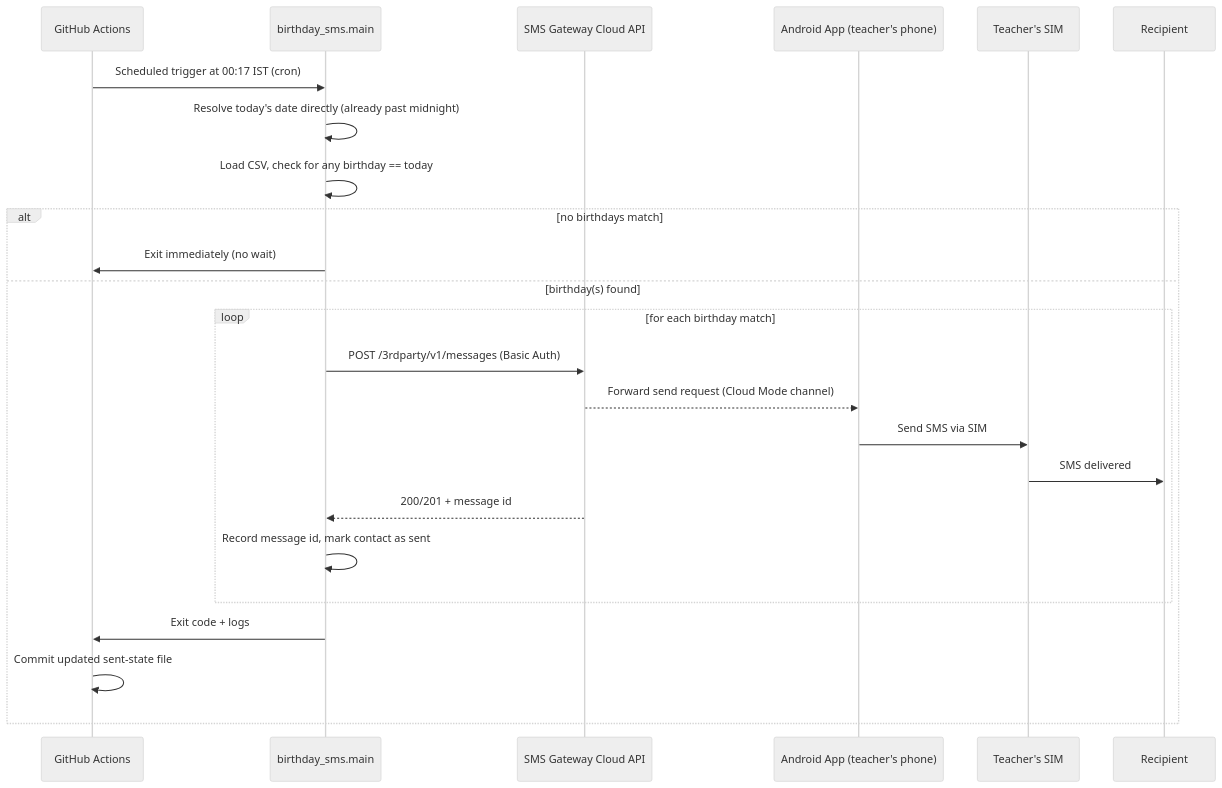
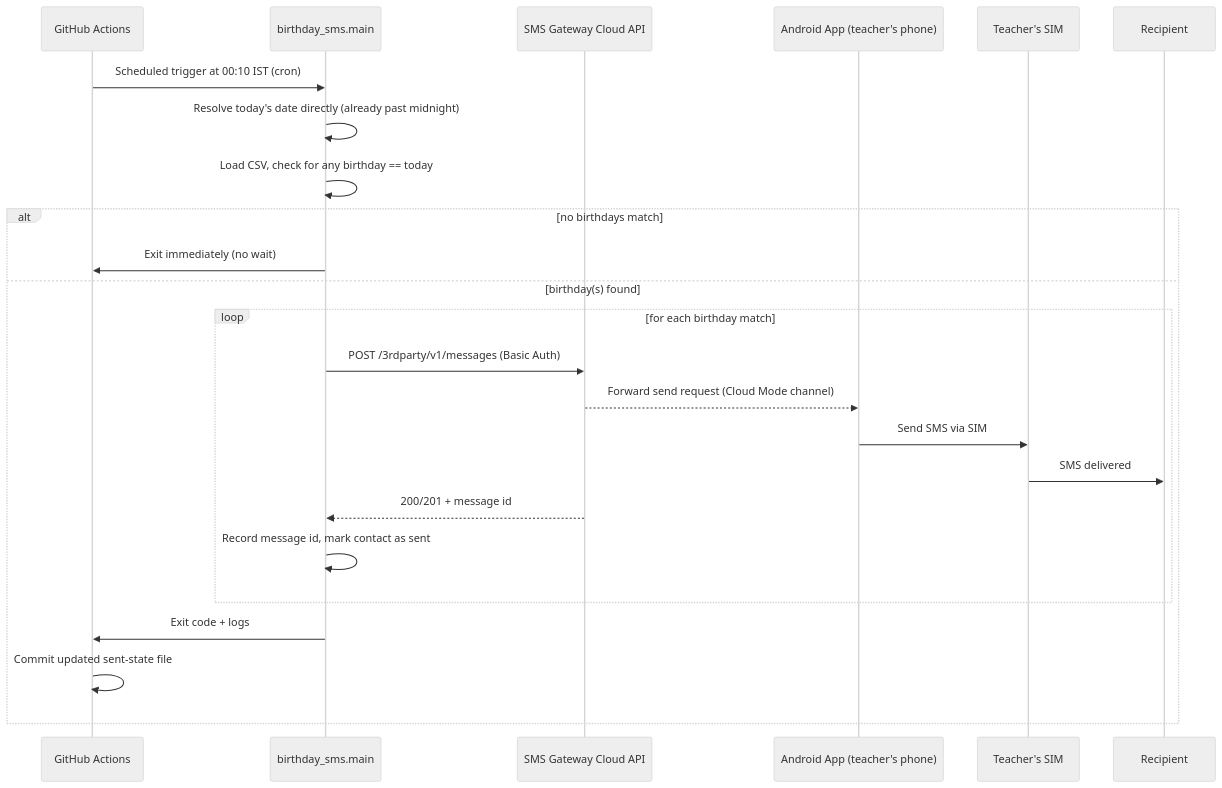
One commit to Manas-Dikshit/Messenger_Automation changed the second of 5 diagrams in docs/ARCHITECTURE.md. Above: the diagram before and after it, drawn with Mermaid (neutral theme). The commit also changed other lines of this file and 2 other files, not shown here.

Commit message:
chore: shift daily SMS schedule to 00:10 IST

````diff
--- a/docs/ARCHITECTURE.md
+++ b/docs/ARCHITECTURE.md
@@ -60,27 +60,27 @@
 ```mermaid
 sequenceDiagram
     participant GH as GitHub Actions
     participant PY as birthday_sms.main
     participant API as SMS Gateway Cloud API
     participant APP as Android App (teacher's phone)
     participant SIM as Teacher's SIM
     participant R as Recipient
 
-    GH->>PY: Scheduled trigger at 00:17 IST (cron)
+    GH->>PY: Scheduled trigger at 00:10 IST (cron)
     PY->>PY: Resolve today's date directly (already past midnight)
     PY->>PY: Load CSV, check for any birthday == today
     alt no birthdays match
         PY->>GH: Exit immediately (no wait)
     else birthday(s) found
         loop for each birthday match
             PY->>API: POST /3rdparty/v1/messages (Basic Auth)
             API-->>APP: Forward send request (Cloud Mode channel)
             APP->>SIM: Send SMS via SIM
             SIM->>R: SMS delivered
             API-->>PY: 200/201 + message id
             PY->>PY: Record message id, mark contact as sent
         end
         PY->>GH: Exit code + logs
         GH->>GH: Commit updated sent-state file
     end
 ```
````
